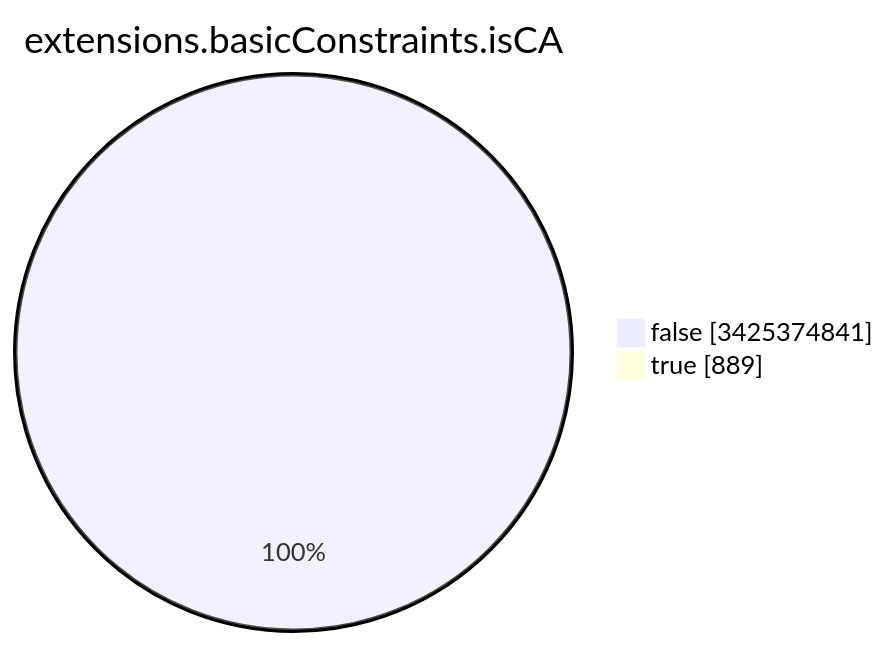
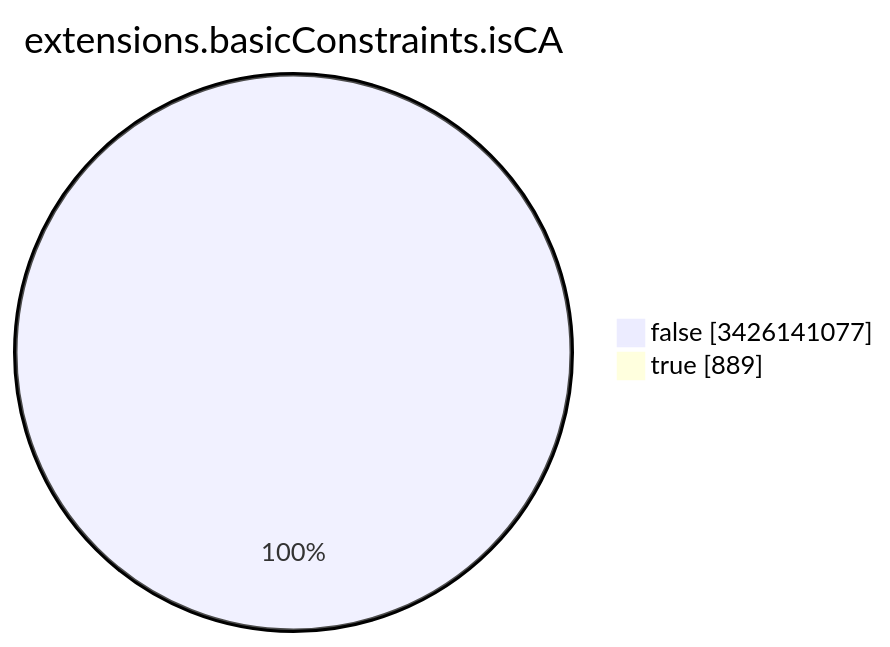
One commit to christiankrug/ctmonitor_visualization changed the seventh of 15 diagrams in TOTAL/README.md. Above: the diagram before and after it, drawn with Mermaid. The commit also changed other lines of this file, not shown here.

````diff
--- a/TOTAL/README.md
+++ b/TOTAL/README.md
@@ -3092,6 +3092,6 @@
 ```mermaid
 pie showData
 title extensions.basicConstraints.isCA
-"false" :3425374841
+"false" :3426141077
 "true" :889
 ```
````
